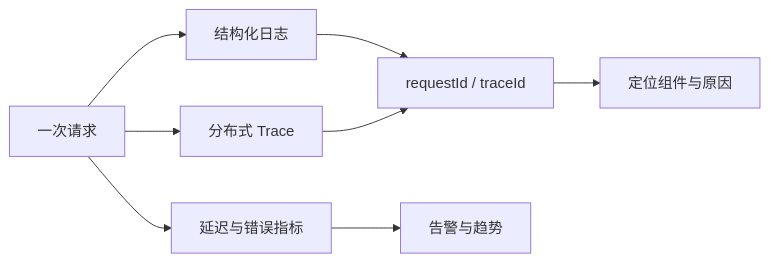
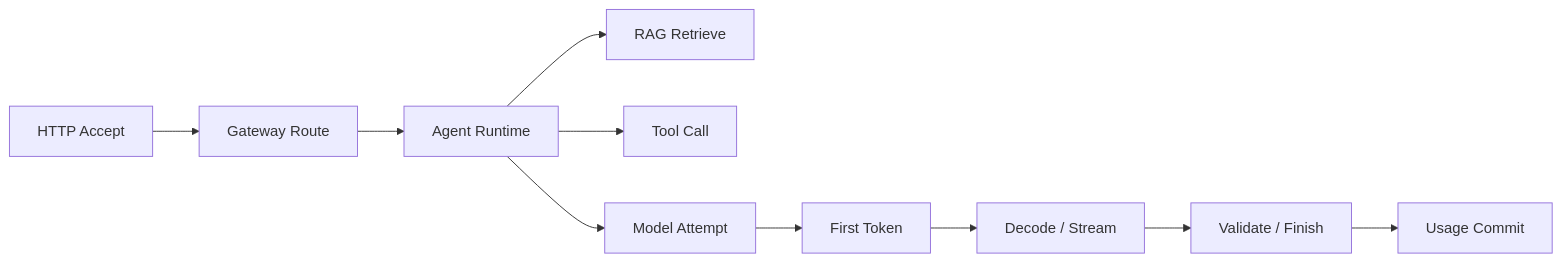
The diagram in docs/devops/ai-observability-slo.md (upJiang/jiang-blog-vitepress), drawn with Mermaid before and after one commit. The commit also changed other lines of this file and 425 other files, not shown here.

````diff
--- a/docs/devops/ai-observability-slo.md
+++ b/docs/devops/ai-observability-slo.md
@@ -34,10 +45,12 @@
 ```mermaid
 flowchart LR
-  R[一次请求] --> L[结构化日志]
-  R --> M[延迟与错误指标]
-  R --> T[分布式 Trace]
-  L --> C[requestId / traceId]
-  M --> A[告警与趋势]
-  T --> C
-  C --> D[定位组件与原因]
+  A[HTTP Accept] --> G[Gateway Route]
+  G --> R[Agent Runtime]
+  R --> Q[RAG Retrieve]
+  R --> T[Tool Call]
+  R --> M[Model Attempt]
+  M --> F[First Token]
+  F --> D[Decode / Stream]
+  D --> V[Validate / Finish]
+  V --> U[Usage Commit]
 ```
````
